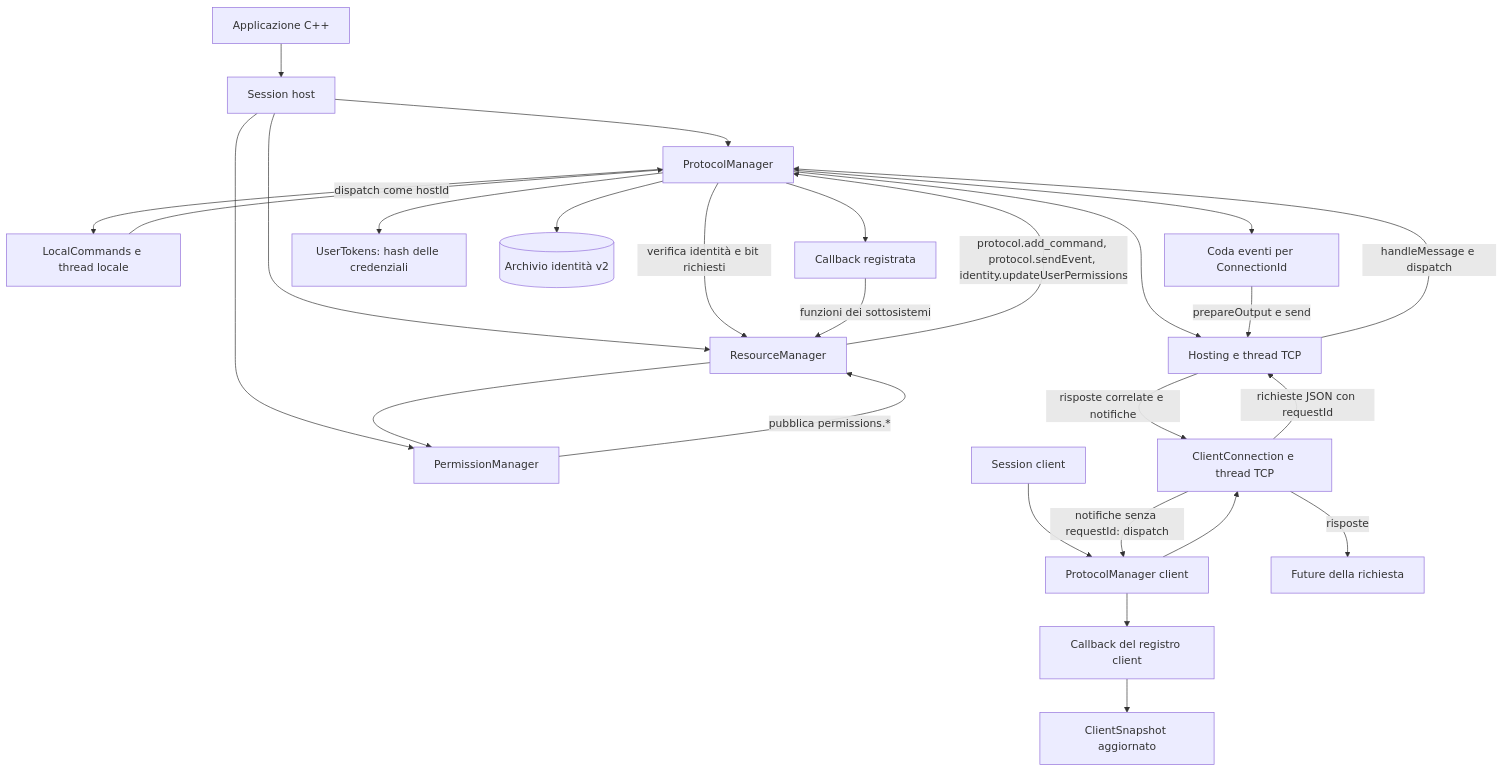
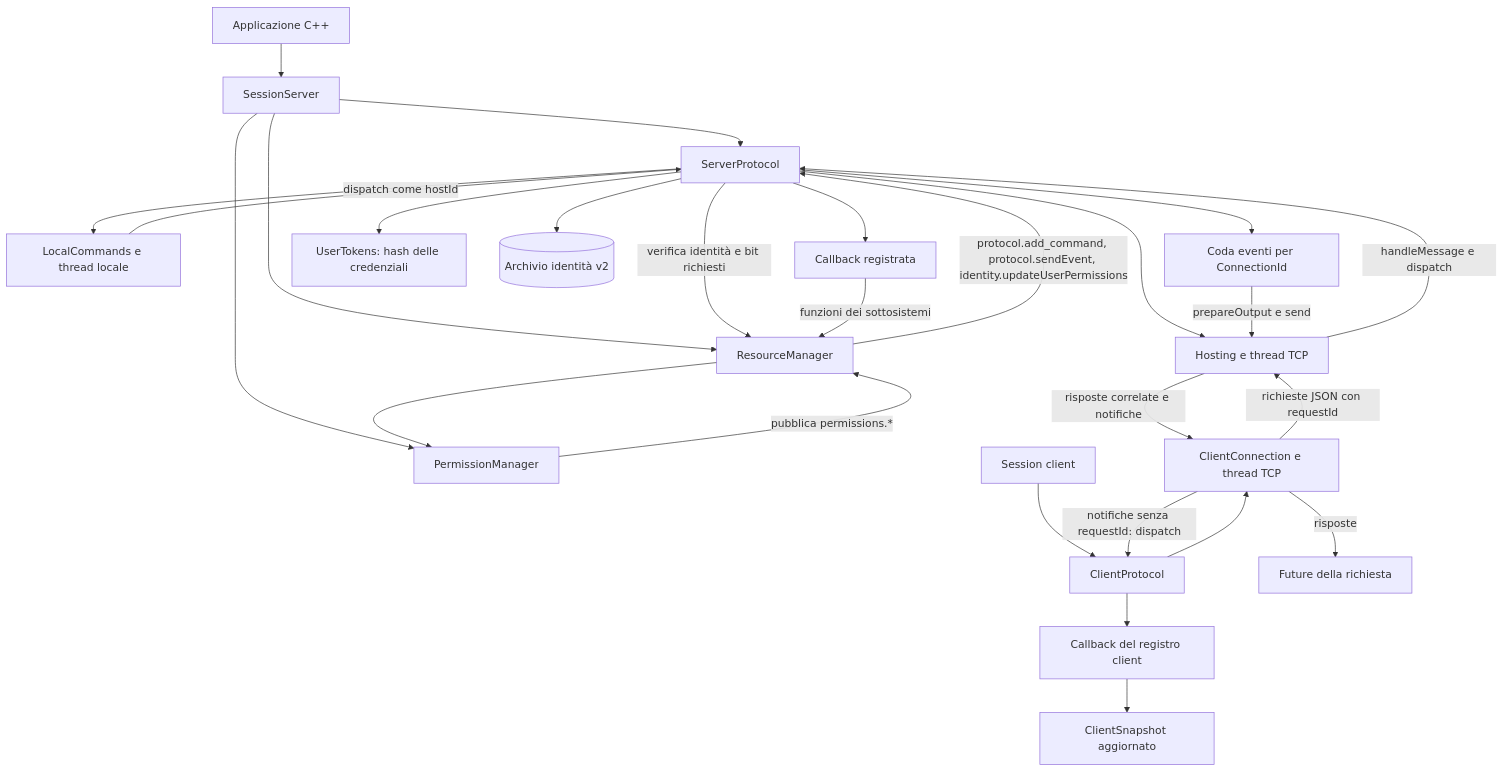
The first of 9 diagrams in .context/session-flows.md (ForzaElettromotrice/GolarionHelper), drawn with Mermaid before and after one commit. The commit also changed other lines of this file and 13 other files, not shown here.

````diff
--- a/.context/session-flows.md
+++ b/.context/session-flows.md
@@ -7,29 +7,29 @@
 ```mermaid
 flowchart TB
-    App[Applicazione C++] --> S[Session host]
-    S --> PM[ProtocolManager]
+    App[Applicazione C++] --> S[SessionServer]
+    S --> PM[ServerProtocol]
     S --> RM[ResourceManager]
     S --> P[PermissionManager]
     PM --> H[Hosting e thread TCP]
     PM --> L[LocalCommands e thread locale]
-    CS[Session client] --> CP[ProtocolManager client]
+    CS[Session client] --> CP[ClientProtocol]
     CP --> C[ClientConnection e thread TCP]
     C -->|richieste JSON con requestId| H
     H -->|risposte correlate e notifiche| C
     C -->|risposte| Future[Future della richiesta]
     C -->|notifiche senza requestId: dispatch| CP
     CP --> CCB[Callback del registro client]
     CCB --> Snap[ClientSnapshot aggiornato]
     H -->|handleMessage e dispatch| PM
     L -->|dispatch come hostId| PM
     P -->|pubblica permissions.*| RM
     PM -->|verifica identità e bit richiesti| RM
     RM --> P
     RM -->|protocol.add_command, protocol.sendEvent, identity.updateUserPermissions| PM
     PM --> Q[Coda eventi per ConnectionId]
     Q -->|prepareOutput e send| H
     PM --> CB[Callback registrata]
     CB -->|funzioni dei sottosistemi| RM
     PM --> T[UserTokens: hash delle credenziali]
     PM --> F[(Archivio identità v2)]
 ```
````
